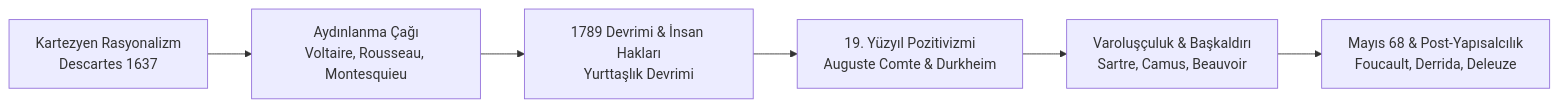
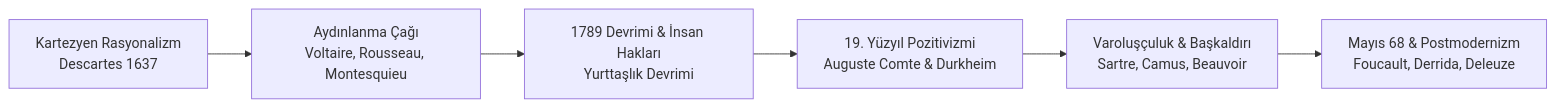
The diagram in README.md (arch-yunus/gsb-france-exchange-2026), drawn with Mermaid before and after one commit. The commit also changed other lines of this file and 6 other files, not shown here.

````diff
--- a/README.md
+++ b/README.md
@@ -206,8 +267,8 @@
 ```mermaid
 graph LR
     A[Kartezyen Rasyonalizm<br/>Descartes 1637] --> B[Aydınlanma Çağı<br/>Voltaire, Rousseau, Montesquieu]
     B --> C[1789 Devrimi & İnsan Hakları<br/>Yurttaşlık Devrimi]
     C --> D[19. Yüzyıl Pozitivizmi<br/>Auguste Comte & Durkheim]
     D --> E[Varoluşçuluk & Başkaldırı<br/>Sartre, Camus, Beauvoir]
-    E --> F[Mayıs 68 & Post-Yapısalcılık<br/>Foucault, Derrida, Deleuze]
+    E --> F[Mayıs 68 & Postmodernizm<br/>Foucault, Derrida, Deleuze]
 ```
````
